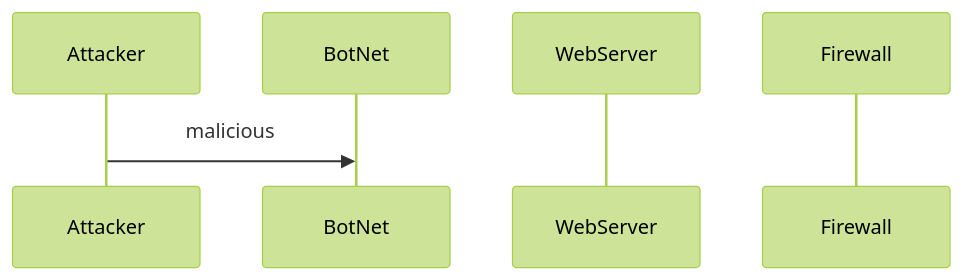
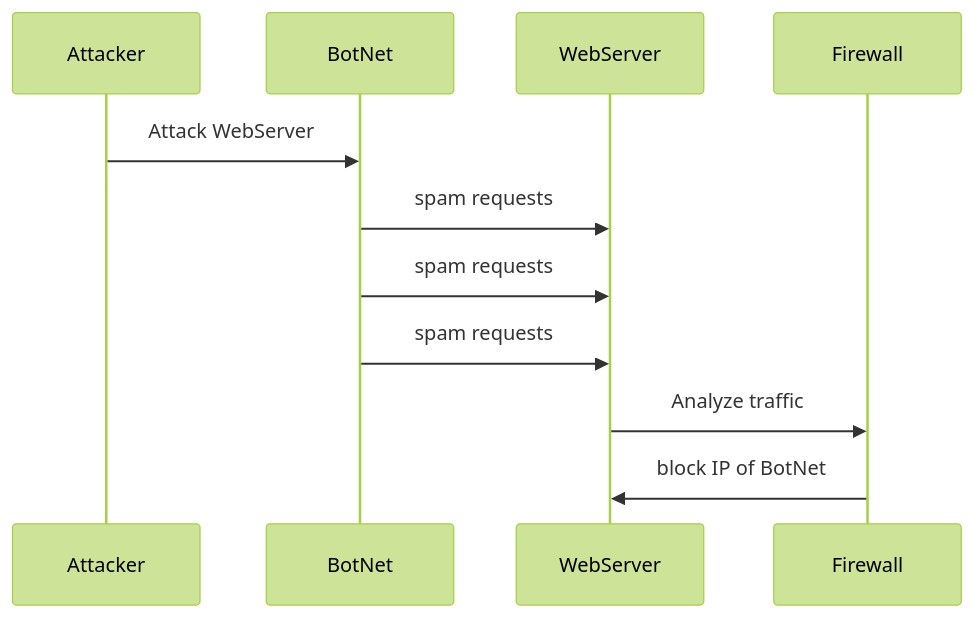
Before and after one commit to JulianFlicker11/JulianFlicker11.github.io: the diagram in DDoS_Attack_Sequence.md, drawn with Mermaid (forest theme).

````diff
--- a/DDoS_Attack_Sequence.md
+++ b/DDoS_Attack_Sequence.md
@@ -1,8 +1,14 @@
 ```mermaid
 sequenceDiagram
 participant Attacker
 participant BotNet
 participant WebServer
 participant Firewall
-Attacker->>BotNet: malicious 
+Attacker->>BotNet: Attack WebServer
+BotNet->>WebServer: spam requests
+BotNet->>WebServer: spam requests
+BotNet->>WebServer: spam requests
+WebServer->>Firewall: Analyze traffic
+Firewall->>WebServer: block IP of BotNet
+
 ```
````
